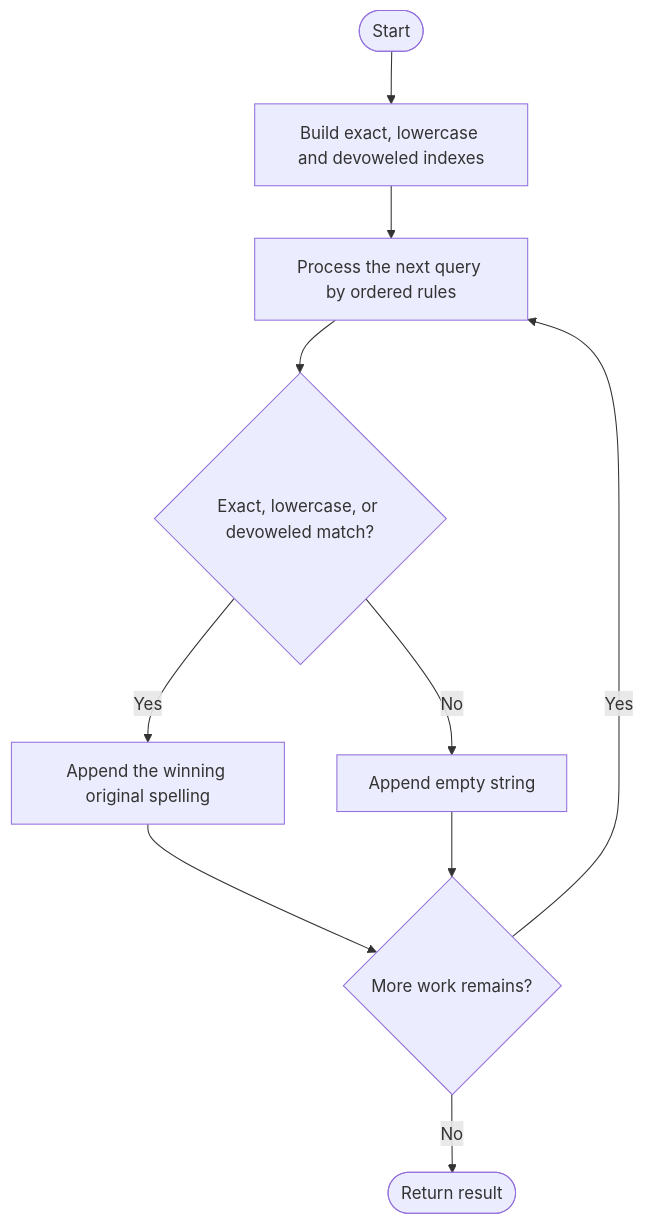
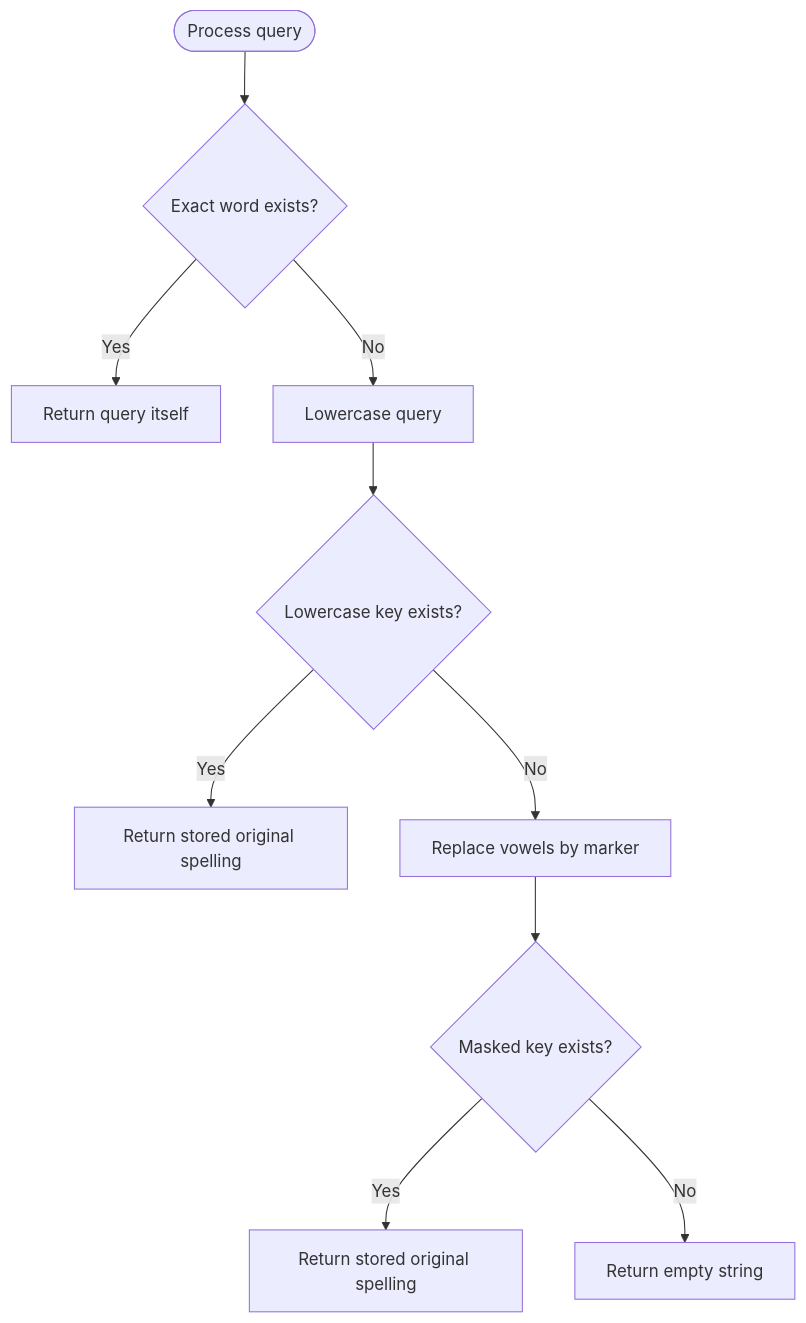
One commit to SAIDEEPBHANGE/C-CPP-Codes changed the diagram in LeetCode/966/README.md. Above: the diagram before and after it, drawn with Mermaid. The commit also changed other lines of this file and 196 other files, not shown here.

````diff
--- a/LeetCode/966/README.md
+++ b/LeetCode/966/README.md
@@ -13,12 +37,12 @@
 ```mermaid
 flowchart TD
- A([Start]) --> B[Build exact, lowercase and devoweled indexes]
- B --> C[Process the next query by ordered rules]
- C --> D{Exact, lowercase, or devoweled match?}
- D -- Yes --> E[Append the winning original spelling]
- D -- No --> F[Append empty string]
- E --> G{More work remains?}
- F --> G
- G -- Yes --> C
- G -- No --> H([Return result])
+    A([Process query]) --> B{Exact word exists?}
+    B -- Yes --> C[Return query itself]
+    B -- No --> D[Lowercase query]
+    D --> E{Lowercase key exists?}
+    E -- Yes --> F[Return stored original spelling]
+    E -- No --> G[Replace vowels by marker]
+    G --> H{Masked key exists?}
+    H -- Yes --> I[Return stored original spelling]
+    H -- No --> J[Return empty string]
 ```
````
